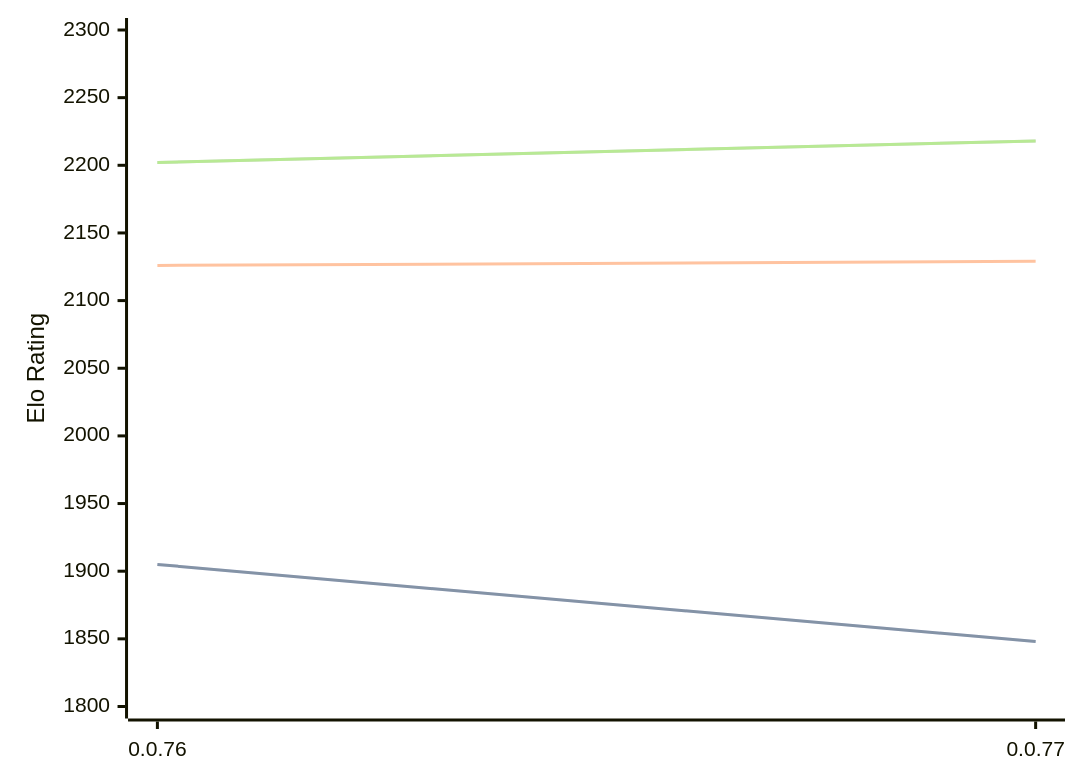
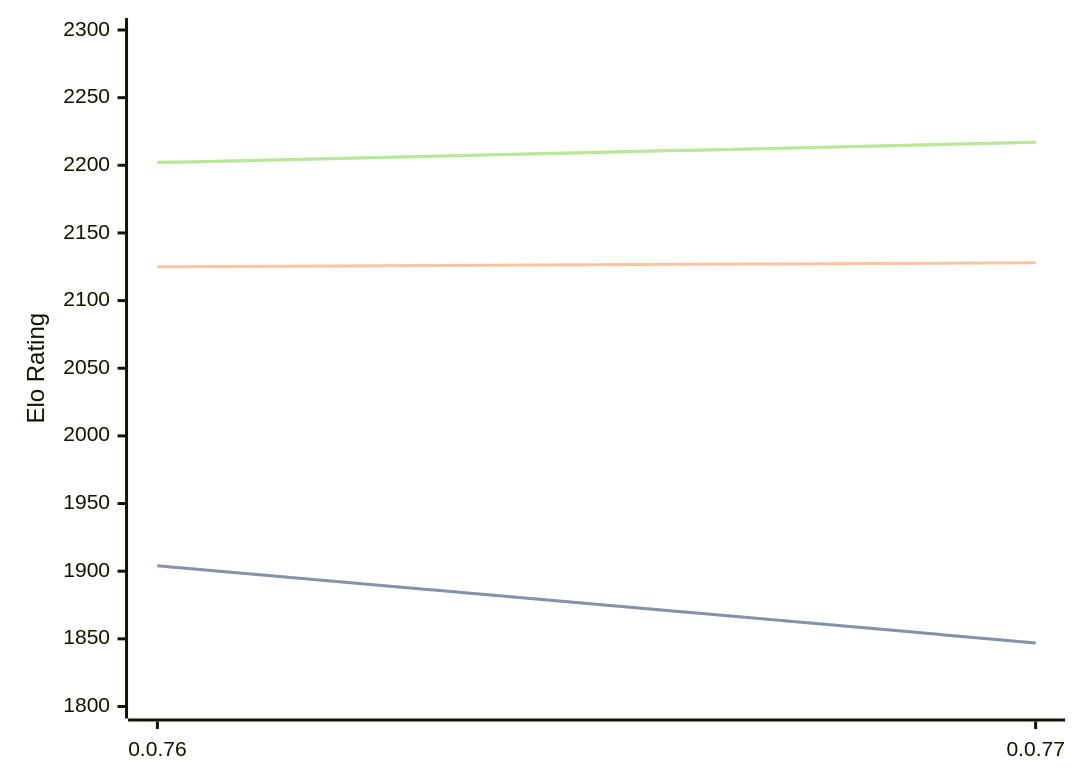
One commit to computer-chess-index/cci changed the diagram in engines/Fktb.md. Above: the diagram before and after it, drawn with Mermaid. The commit also changed other lines of this file, not shown here.

Commit message:
Update CCI Ratings (ELO VLTC) - 2026-08-04

````diff
--- a/engines/Fktb.md
+++ b/engines/Fktb.md
@@ -32,11 +32,11 @@
 ```mermaid
 %%{init: {"theme":"base","themeVariables":{"seriesColors:['#a3a3a3','#222221','#faa371']}}}%%
 xychart-beta
   x-axis ["0.0.76", "0.0.77"]
   y-axis "Elo Rating" 1800 --> 2300
-  line "STC (8.0+0.08s)" [1905, 1848]
-  line "STC (8.0+0.08s)" [1905, 1848]
-  line "LTC (60.0+0.60s)" [2126, 2129]
-  line "VLTC (2m24s+1.12s)" [2202, 2218]
-  line "VLTC (2m24s+1.12s)" [2202, 2218]
+  line "STC (8.0+0.08s)" [1904, 1847]
+  line "STC (8.0+0.08s)" [1904, 1847]
+  line "LTC (60.0+0.60s)" [2125, 2128]
+  line "VLTC (2m24s+1.12s)" [2202, 2217]
+  line "VLTC (2m24s+1.12s)" [2202, 2217]
 ```
````
